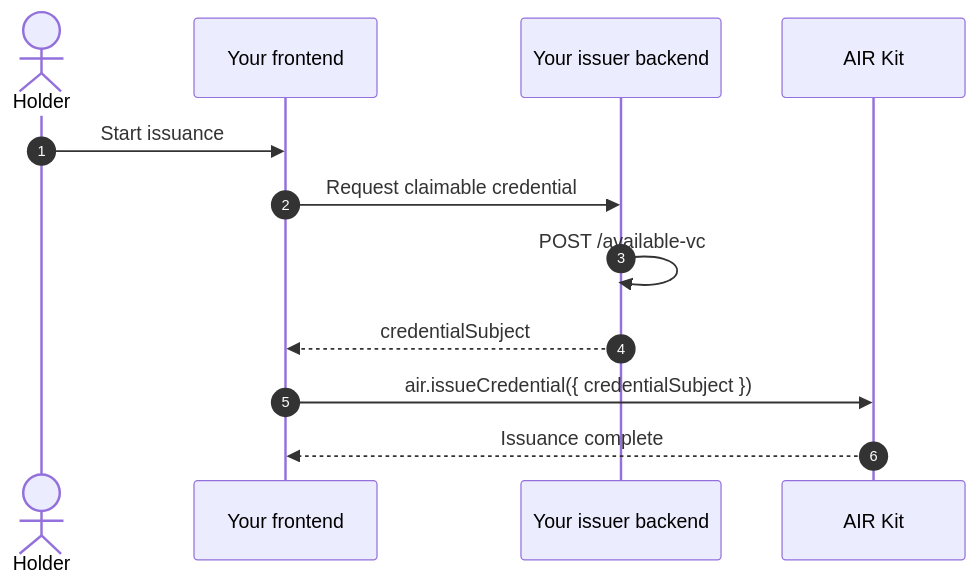
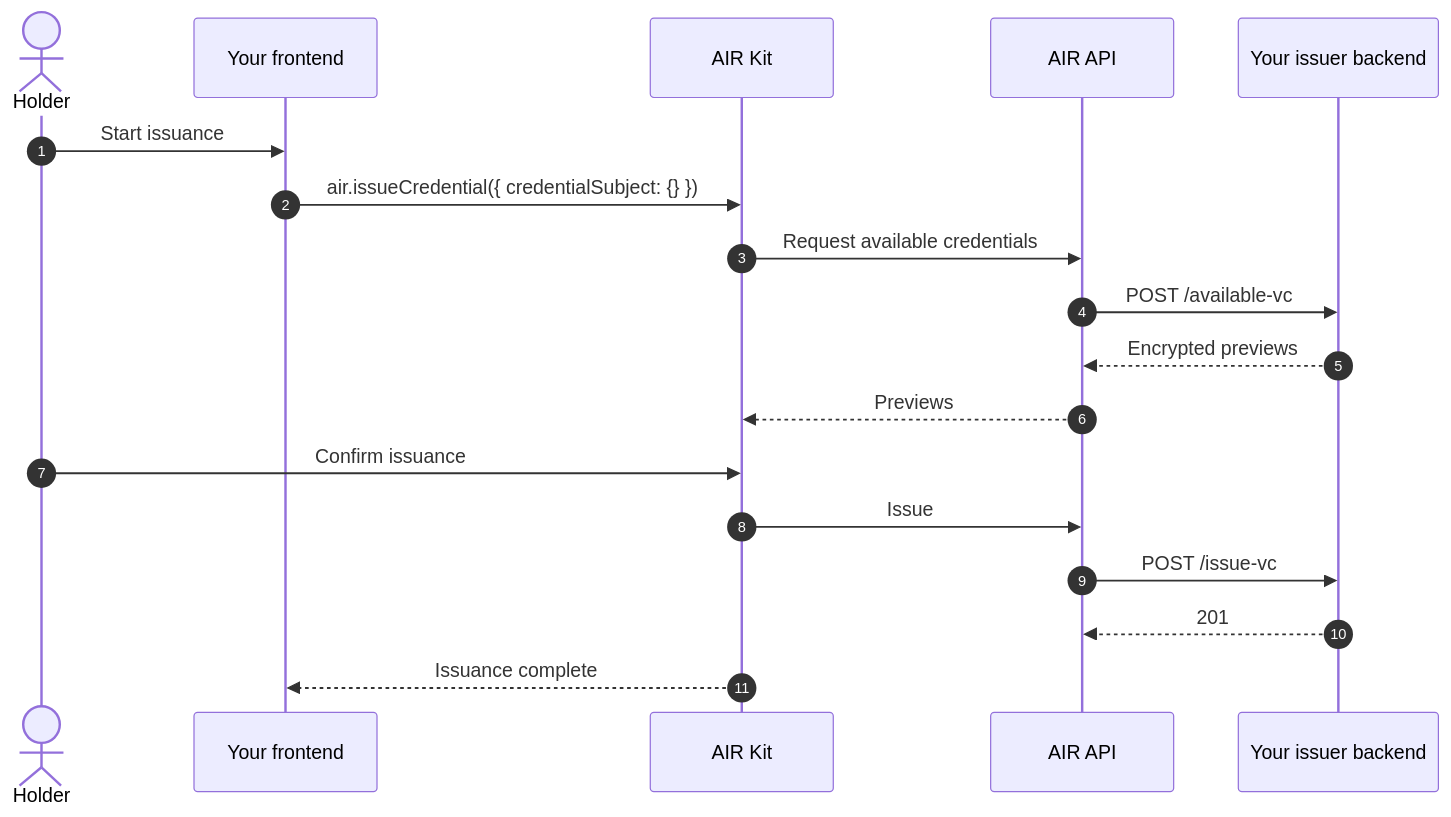
The first of 2 diagrams in airkit/usage/credential/issuing-credentials.mdx (MocaNetwork/docs), drawn with Mermaid before and after one commit. The commit also changed other lines of this file and 53 other files, not shown here.

````diff
--- a/airkit/usage/credential/issuing-credentials.mdx
+++ b/airkit/usage/credential/issuing-credentials.mdx
@@ -127,14 +112,20 @@
 ```mermaid
 sequenceDiagram
     autonumber
     actor Holder
     participant App as Your frontend
+    participant SDK as AIR Kit
+    participant AIR as AIR API
     participant Backend as Your issuer backend
-    participant SDK as AIR Kit
     Holder->>App: Start issuance
-    App->>Backend: Request claimable credential
-    Backend->>Backend: POST /available-vc
-    Backend-->>App: credentialSubject
-    App->>SDK: air.issueCredential({ credentialSubject })
+    App->>SDK: air.issueCredential({ credentialSubject: {} })
+    SDK->>AIR: Request available credentials
+    AIR->>Backend: POST /available-vc
+    Backend-->>AIR: Encrypted previews
+    AIR-->>SDK: Previews
+    Holder->>SDK: Confirm issuance
+    SDK->>AIR: Issue
+    AIR->>Backend: POST /issue-vc
+    Backend-->>AIR: 201
     SDK-->>App: Issuance complete
 ```
````
